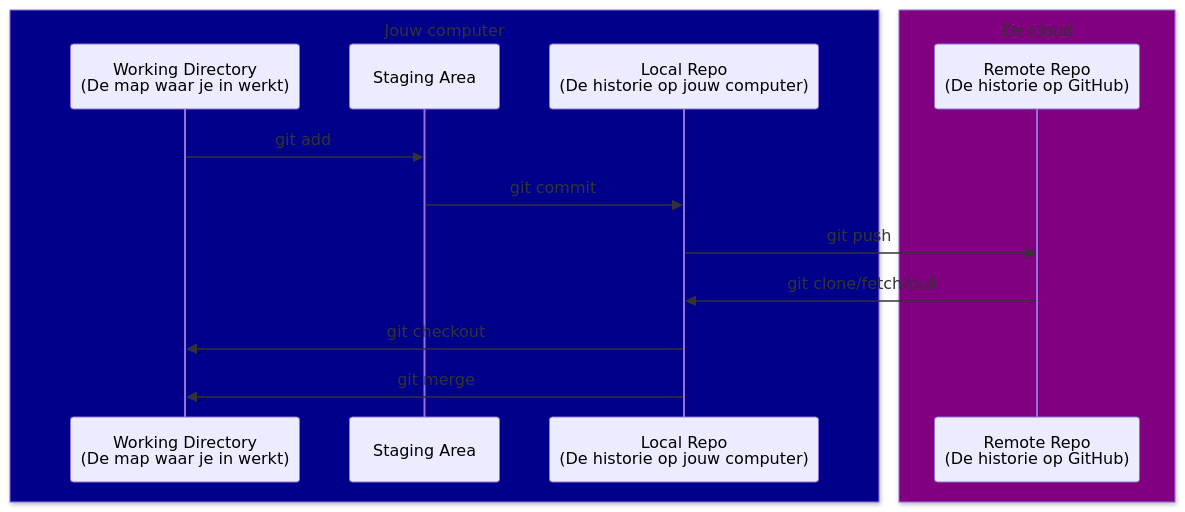
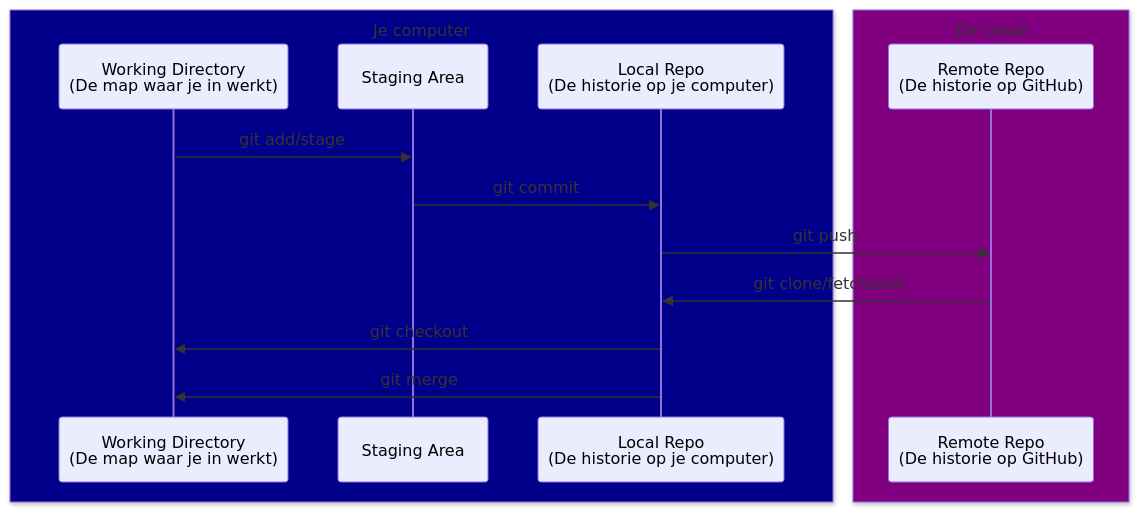
The diagram in slides/04-git-concepten.md (h3x4d3c1m4l/git-and-github-collaboration-workshop-slides), drawn with Mermaid before and after one commit. The commit also changed other lines of this file and 31 other files, not shown here.

````diff
--- a/slides/04-git-concepten.md
+++ b/slides/04-git-concepten.md
@@ -3,24 +3,24 @@
 ```mermaid
 sequenceDiagram
     participant WD as Working Directory<br>(De map waar je in werkt)
     participant SA as Staging Area
-    participant LR as Local Repo<br>(De historie op jouw computer)
+    participant LR as Local Repo<br>(De historie op je computer)
     participant RR as Remote Repo<br>(De historie op GitHub)
 
-    WD ->> SA: git add
+    WD ->> SA: git add/stage
     SA ->> LR: git commit
     LR ->> RR: git push
     RR ->> LR: git clone/fetch/pull
     LR ->> WD: git checkout
     LR ->> WD: git merge
 
-box darkBlue Jouw computer
+box darkBlue Je computer
 participant WD
 participant SA
 participant LR
 end
 
 box purple De cloud
 participant RR
 end
 ```
````
